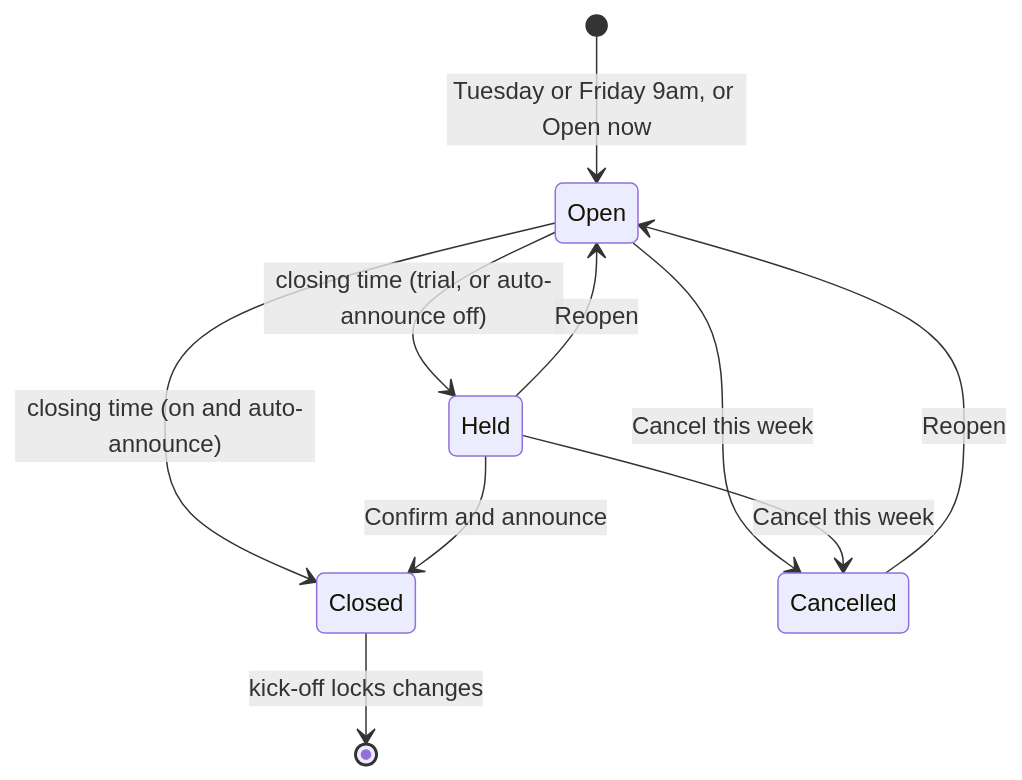
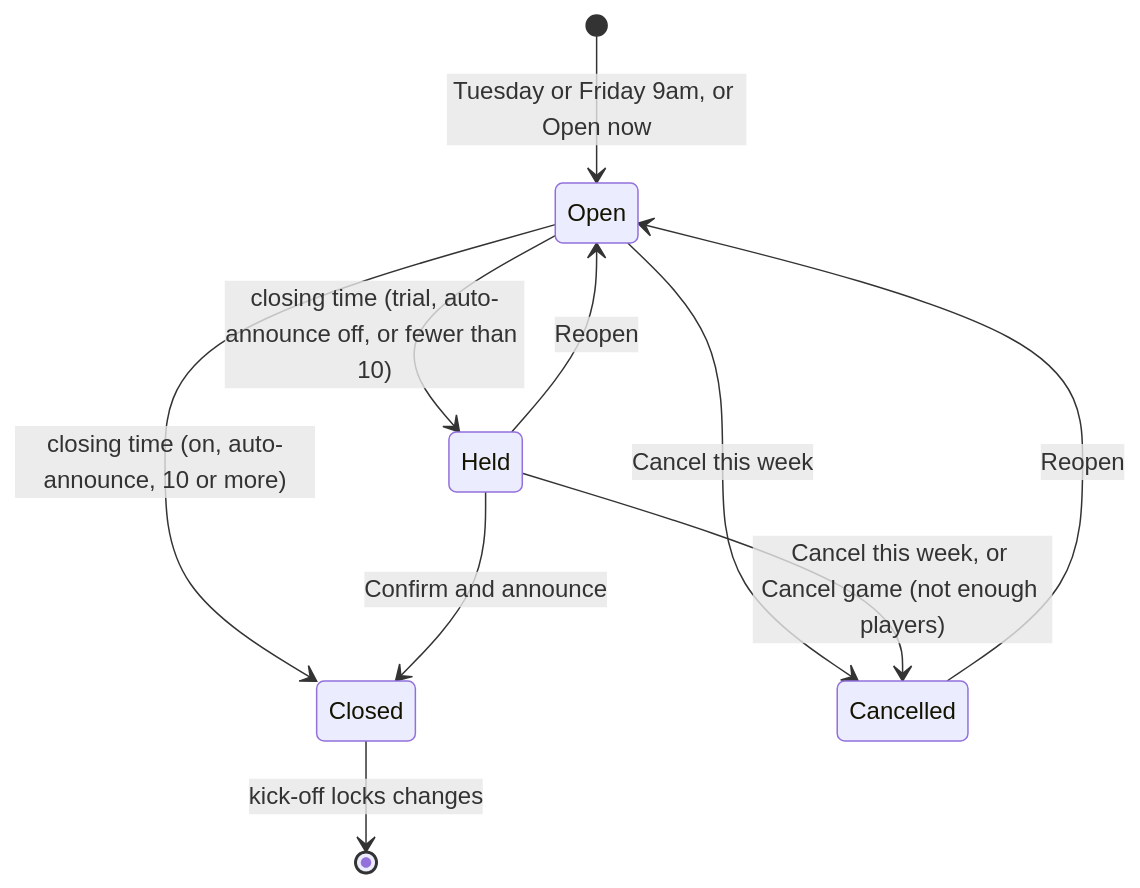
The ninth of 10 diagrams in docs/SOLUTION_DESIGN.md (nealpatel87np/FootballApp), drawn with Mermaid before and after one commit. The commit also changed other lines of this file and 5 other files, not shown here.

First line of the commit message:
Release 4.0: cancel a game

````diff
--- a/docs/SOLUTION_DESIGN.md
+++ b/docs/SOLUTION_DESIGN.md
@@ -642,12 +660,12 @@
 ```mermaid
 stateDiagram-v2
   [*] --> Open: Tuesday or Friday 9am, or Open now
-  Open --> Held: closing time (trial, or auto-announce off)
-  Open --> Closed: closing time (on and auto-announce)
+  Open --> Held: closing time (trial, auto-announce off, or fewer than 10)
+  Open --> Closed: closing time (on, auto-announce, 10 or more)
   Held --> Closed: Confirm and announce
   Held --> Open: Reopen
   Open --> Cancelled: Cancel this week
-  Held --> Cancelled: Cancel this week
+  Held --> Cancelled: Cancel this week, or Cancel game (not enough players)
   Cancelled --> Open: Reopen
   Closed --> [*]: kick-off locks changes
 ```
````
